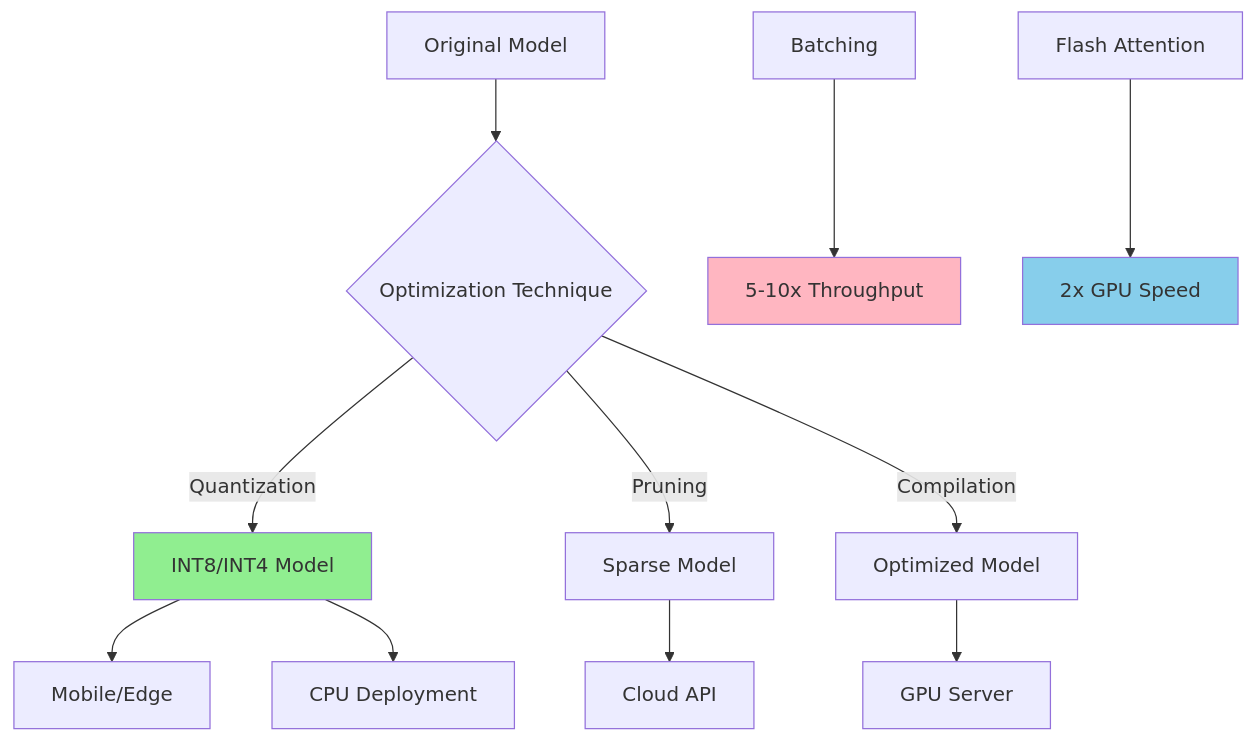
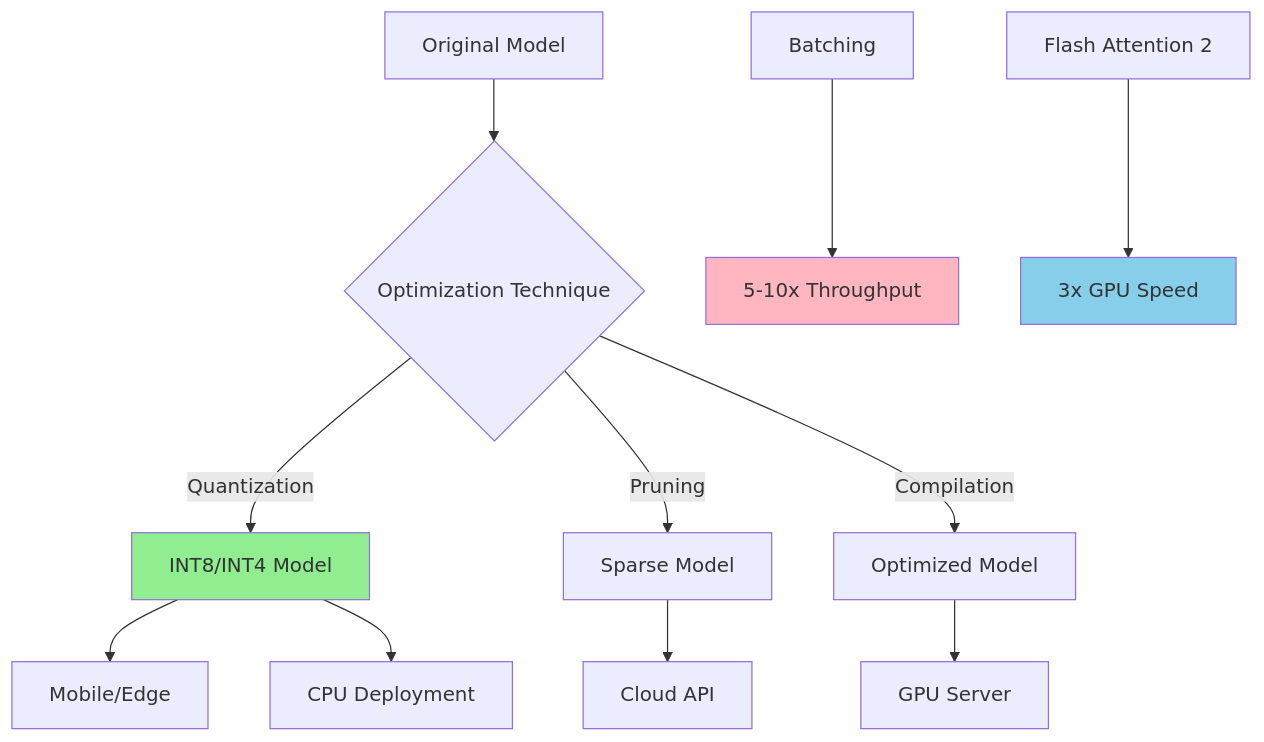
One commit to RichardHightower/art_hug_08 changed the fourth of 6 diagrams in docs/art_08_org.md. Above: the diagram before and after it, drawn with Mermaid. The commit also changed other lines of this file and 13 other files, not shown here.

````diff
--- a/docs/art_08_org.md
+++ b/docs/art_08_org.md
@@ -499,21 +514,21 @@
 ```mermaid
 flowchart TD
     A[Original Model] --> B{Optimization Technique}
 
     B -->|Quantization| C[INT8/INT4 Model]
     B -->|Pruning| D[Sparse Model]
     B -->|Compilation| E[Optimized Model]
 
     C --> F[Mobile/Edge]
     C --> G[CPU Deployment]
     D --> H[Cloud API]
     E --> I[GPU Server]
 
     J[Batching] --> K[5-10x Throughput]
-    L[Flash Attention] --> M[2x GPU Speed]
+    L[Flash Attention 2] --> M[3x GPU Speed]
 
     style C fill:#90EE90
     style K fill:#FFB6C1
     style M fill:#87CEEB
 
 ```
````
